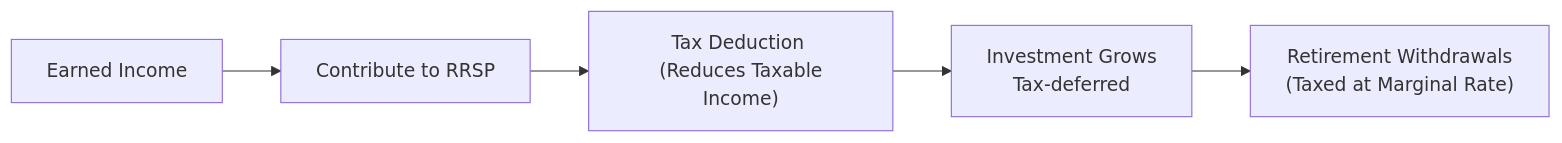
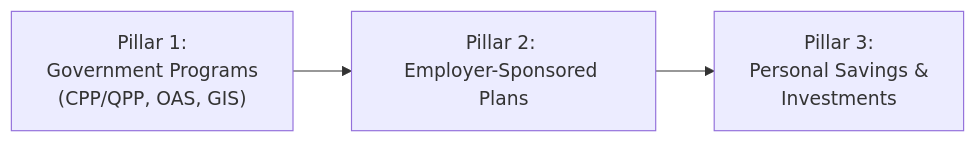
The second of 2 diagrams in content/ifc/6/3/index.md (MasteryEducation/SecuritiesExamsMastery.ca), drawn with Mermaid before and after one commit. The commit also changed other lines of this file and 130 other files, not shown here.

````diff
--- a/content/ifc/6/3/index.md
+++ b/content/ifc/6/3/index.md
@@ -123,7 +173,5 @@
 ```mermaid
 flowchart LR
-    A["Earned Income"] --> B["Contribute to RRSP"]
-    B --> C["Tax Deduction <br/> (Reduces Taxable Income)"]
-    C --> D["Investment Grows <br/> Tax-deferred"]
-    D --> E["Retirement Withdrawals <br/> (Taxed at Marginal Rate)"]
+    A["Pillar 1: <br/>Government Programs <br/>(CPP/QPP, OAS, GIS)"] --> B["Pillar 2: <br/>Employer-Sponsored Plans"]
+    B["Pillar 2: <br/>Employer-Sponsored Plans"] --> C["Pillar 3: <br/>Personal Savings & <br/>Investments"]
 ```
````
